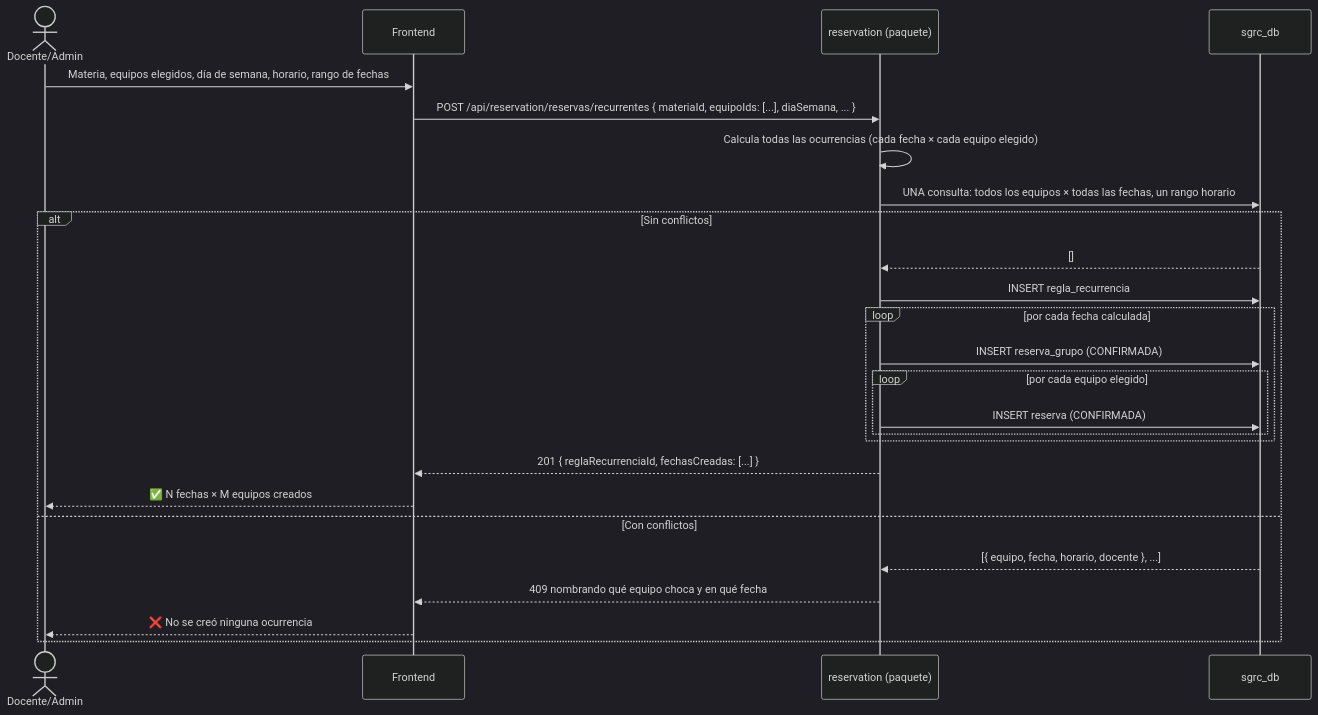
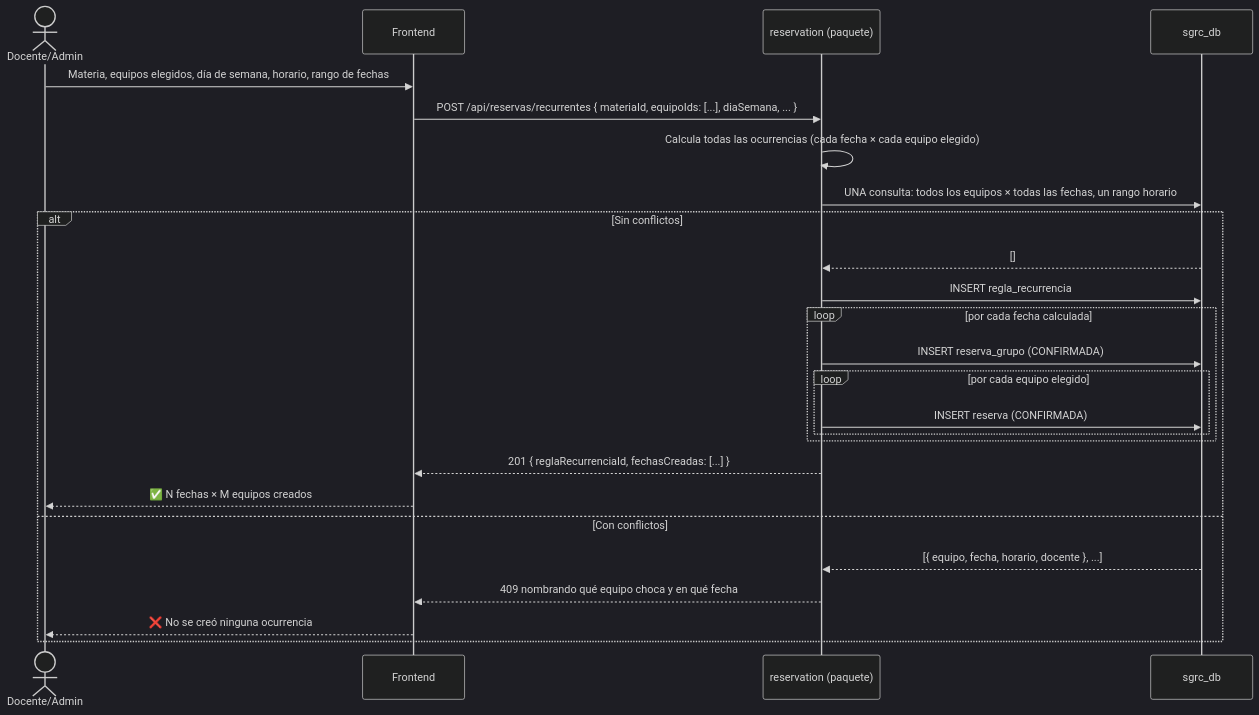
Before and after one commit to agustin-y2k/sgrc: the fifth of 15 diagrams in docs/04-diagramas-secuencia.md, drawn with Mermaid (dark theme). The commit also changed other lines of this file and 17 other files, not shown here.

````diff
--- a/docs/04-diagramas-secuencia.md
+++ b/docs/04-diagramas-secuencia.md
@@ -164,28 +164,28 @@
 ```mermaid
 sequenceDiagram
     actor U as Docente/Admin
     participant FE as Frontend
     participant RES as reservation (paquete)
     participant DB as sgrc_db
 
     U->>FE: Materia, equipos elegidos, día de semana, horario, rango de fechas
-    FE->>RES: POST /api/reservation/reservas/recurrentes { materiaId, equipoIds: [...], diaSemana, ... }
+    FE->>RES: POST /api/reservas/recurrentes { materiaId, equipoIds: [...], diaSemana, ... }
     RES->>RES: Calcula todas las ocurrencias (cada fecha × cada equipo elegido)
     RES->>DB: UNA consulta: todos los equipos × todas las fechas, un rango horario
     alt Sin conflictos
         DB-->>RES: []
         RES->>DB: INSERT regla_recurrencia
         loop por cada fecha calculada
             RES->>DB: INSERT reserva_grupo (CONFIRMADA)
             loop por cada equipo elegido
                 RES->>DB: INSERT reserva (CONFIRMADA)
             end
         end
         RES-->>FE: 201 { reglaRecurrenciaId, fechasCreadas: [...] }
         FE-->>U: ✅ N fechas × M equipos creados
     else Con conflictos
         DB-->>RES: [{ equipo, fecha, horario, docente }, ...]
         RES-->>FE: 409 nombrando qué equipo choca y en qué fecha
         FE-->>U: ❌ No se creó ninguna ocurrencia
     end
 ```
````
